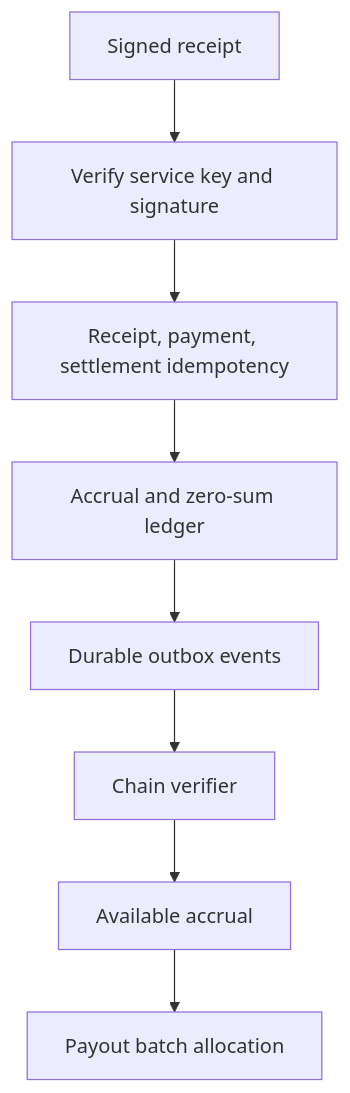
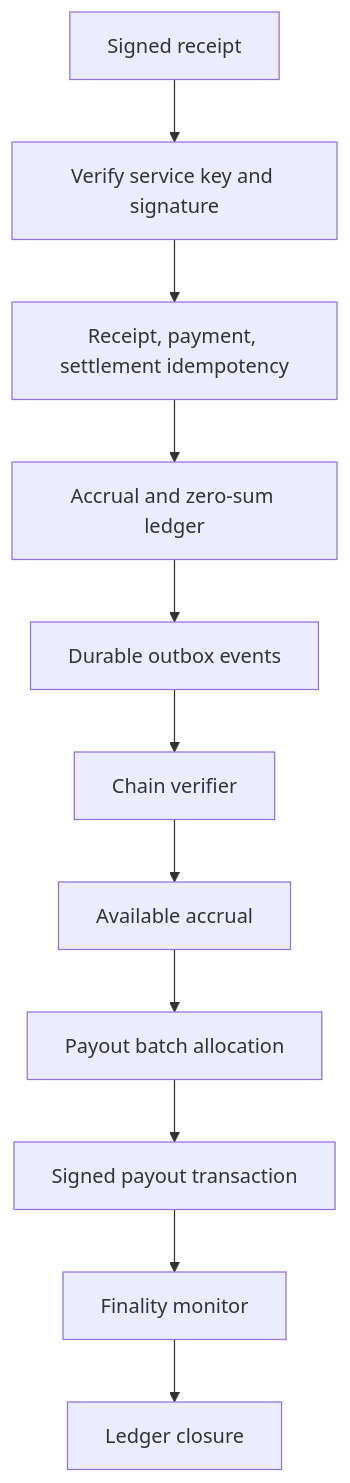
The first of 2 diagrams in packages/control-plane/README.md (split402protocol/splitx402), drawn with Mermaid before and after one commit. The commit also changed other lines of this file and 22 other files, not shown here.

````diff
--- a/packages/control-plane/README.md
+++ b/packages/control-plane/README.md
@@ -14,19 +15,25 @@
 ```mermaid
 flowchart TD
   Receipt["Signed receipt"]
   Verify["Verify service key and signature"]
   Dedupe["Receipt, payment, settlement idempotency"]
   Ledger["Accrual and zero-sum ledger"]
   Outbox["Durable outbox events"]
   Chain["Chain verifier"]
   Available["Available accrual"]
   Batch["Payout batch allocation"]
+  Tx["Signed payout transaction"]
+  Finality["Finality monitor"]
+  Close["Ledger closure"]
 
   Receipt --> Verify
   Verify --> Dedupe
   Dedupe --> Ledger
   Ledger --> Outbox
   Outbox --> Chain
   Chain --> Available
   Available --> Batch
+  Batch --> Tx
+  Tx --> Finality
+  Finality --> Close
 ```
````
